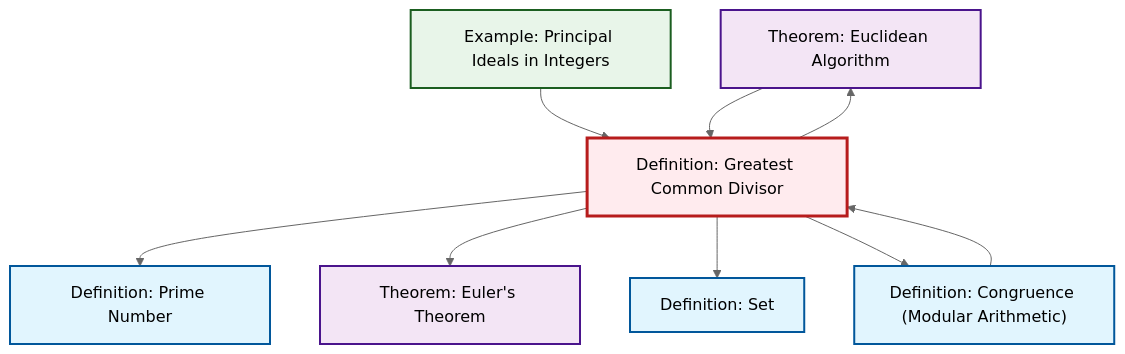
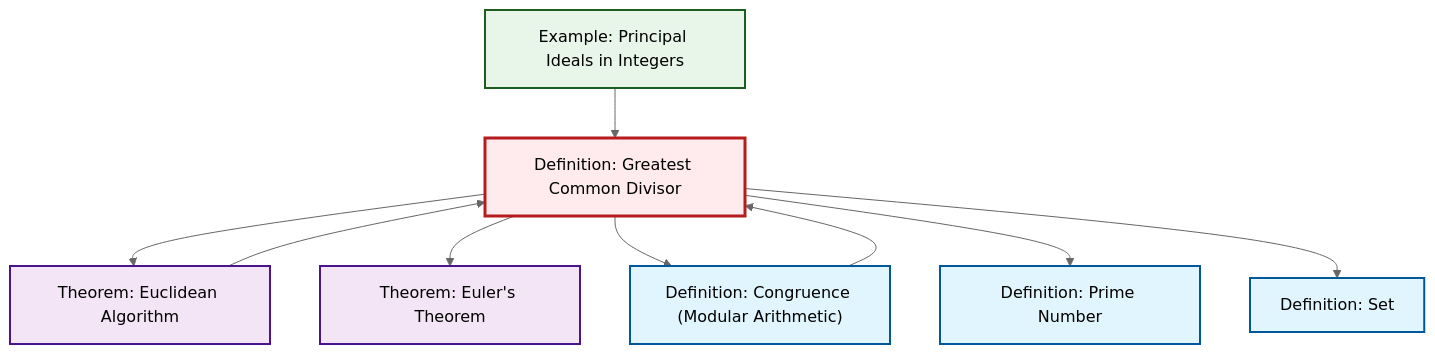
One commit to RK0429/ModernMath changed the second of 2 diagrams in content/ja/number-theory/def-gcd.qmd. Above: the diagram before and after it, drawn with Mermaid (neutral theme). The commit also changed other lines of this file and 474 other files, not shown here.

````diff
--- a/content/ja/number-theory/def-gcd.qmd
+++ b/content/ja/number-theory/def-gcd.qmd
@@ -85,31 +85,31 @@
 ```{mermaid}
 %%| fig-cap: "Local dependency graph"
 graph TD
     classDef definition fill:#e1f5fe,stroke:#01579b,stroke-width:2px
     classDef theorem fill:#f3e5f5,stroke:#4a148c,stroke-width:2px
     classDef axiom fill:#fff3e0,stroke:#e65100,stroke-width:2px
     classDef example fill:#e8f5e9,stroke:#1b5e20,stroke-width:2px
     classDef current fill:#ffebee,stroke:#b71c1c,stroke-width:3px
+    thm-euler["Theorem: Euler's Theorem"]:::theorem
+    def-prime["Definition: Prime Number"]:::definition
     def-set["Definition: Set"]:::definition
+    def-gcd["Definition: Greatest Common Divisor"]:::definition
+    ex-principal-ideal["Example: Principal Ideals in Integers"]:::example
     thm-euclidean-algorithm["Theorem: Euclidean Algorithm"]:::theorem
-    def-prime["Definition: Prime Number"]:::definition
-    ex-principal-ideal["Example: Principal Ideals in Integers"]:::example
-    def-gcd["Definition: Greatest Common Divisor"]:::definition
-    thm-euler["Theorem: Euler's Theorem"]:::theorem
     def-congruence["Definition: Congruence (Modular Arithmetic)"]:::definition
     def-gcd --> thm-euclidean-algorithm
+    def-gcd --> thm-euler
+    def-congruence --> def-gcd
+    def-gcd --> def-congruence
+    def-gcd --> def-prime
     ex-principal-ideal --> def-gcd
     thm-euclidean-algorithm --> def-gcd
-    def-gcd --> def-prime
-    def-gcd --> thm-euler
-    def-congruence --> def-gcd
     def-gcd --> def-set
-    def-gcd --> def-congruence
     class def-gcd current
+    click thm-euler "thm-euler.html" "Theorem: Euler's Theoremへ"
+    click def-prime "def-prime.html" "Definition: Prime Numberへ"
     click def-set "def-set.html" "Definition: Setへ"
+    click ex-principal-ideal "ex-principal-ideal.html" "Example: Principal Ideals in Integersへ"
     click thm-euclidean-algorithm "thm-euclidean-algorithm.html" "Theorem: Euclidean Algorithmへ"
-    click def-prime "def-prime.html" "Definition: Prime Numberへ"
-    click ex-principal-ideal "ex-principal-ideal.html" "Example: Principal Ideals in Integersへ"
-    click thm-euler "thm-euler.html" "Theorem: Euler's Theoremへ"
     click def-congruence "def-congruence.html" "Definition: Congruence (Modular Arithmetic)へ"
 ```
````
